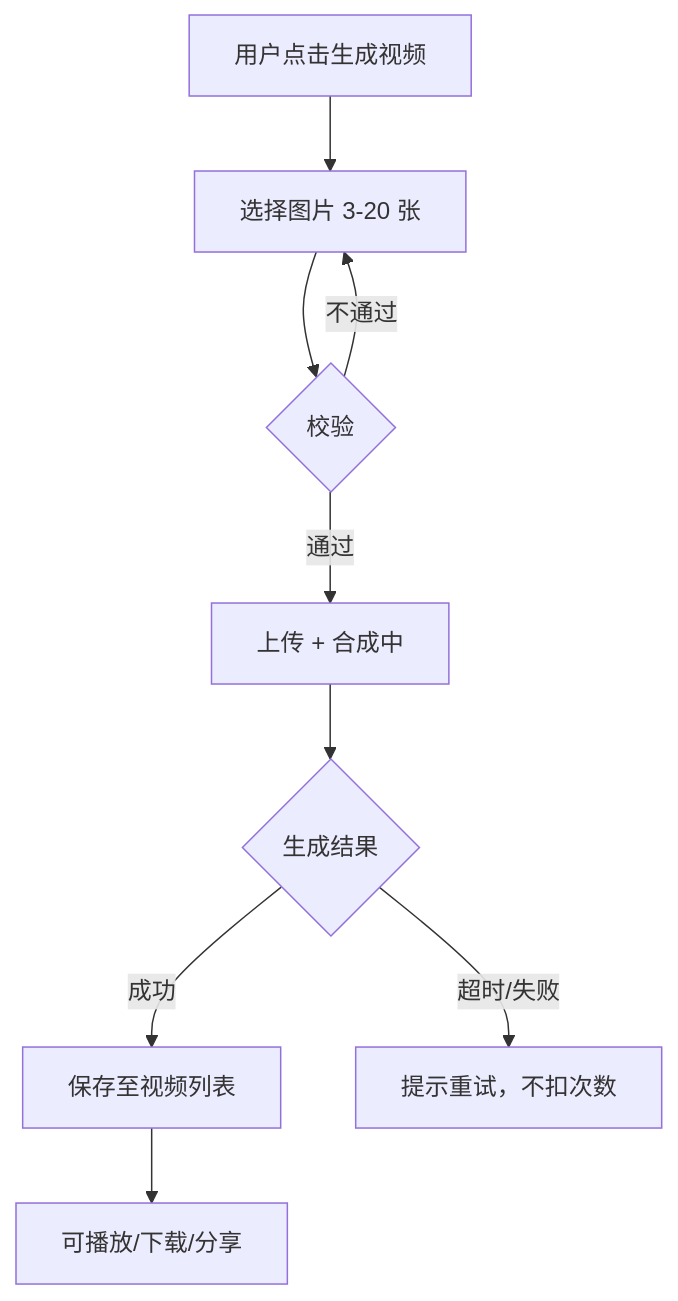
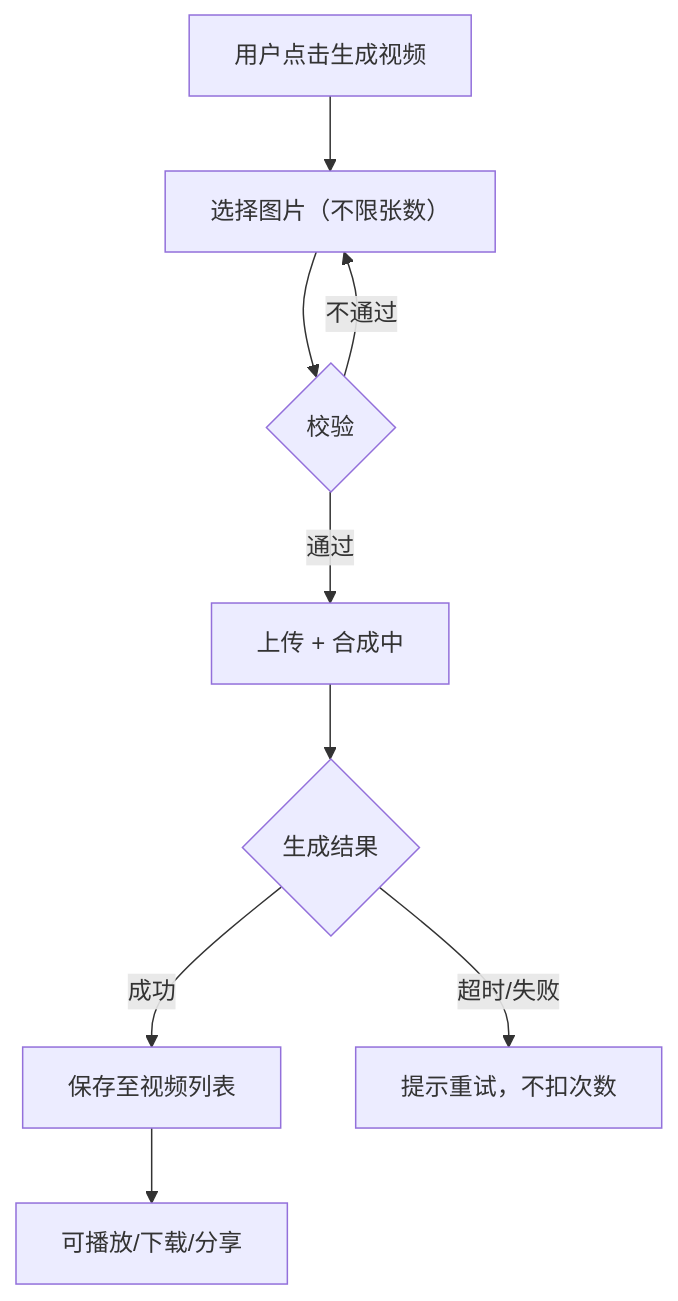
The second of 3 diagrams in docs/prd_full/时光相册/时光相册01ReqAnalysis.md (hongtao-l/platform), drawn with Mermaid before and after one commit. The commit also changed other lines of this file and 17 other files, not shown here.

````diff
--- a/docs/prd_full/时光相册/时光相册01ReqAnalysis.md
+++ b/docs/prd_full/时光相册/时光相册01ReqAnalysis.md
@@ -194,11 +195,11 @@
 ```mermaid
 flowchart TD
-    A[用户点击生成视频] --> B[选择图片 3-20 张]
+    A[用户点击生成视频] --> B[选择图片（不限张数）]
     B --> C{校验}
     C -->|通过| D[上传 + 合成中]
     C -->|不通过| B
     D --> E{生成结果}
     E -->|成功| F[保存至视频列表]
     E -->|超时/失败| G[提示重试，不扣次数]
     F --> H[可播放/下载/分享]
 ```
````
